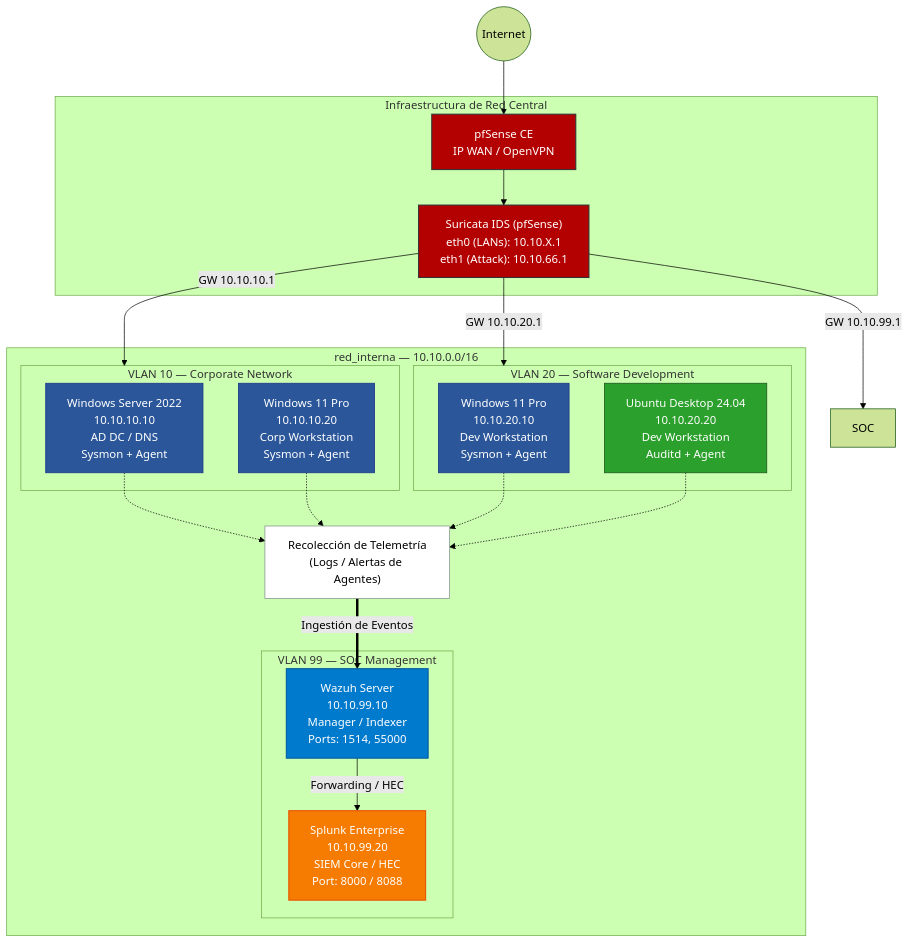
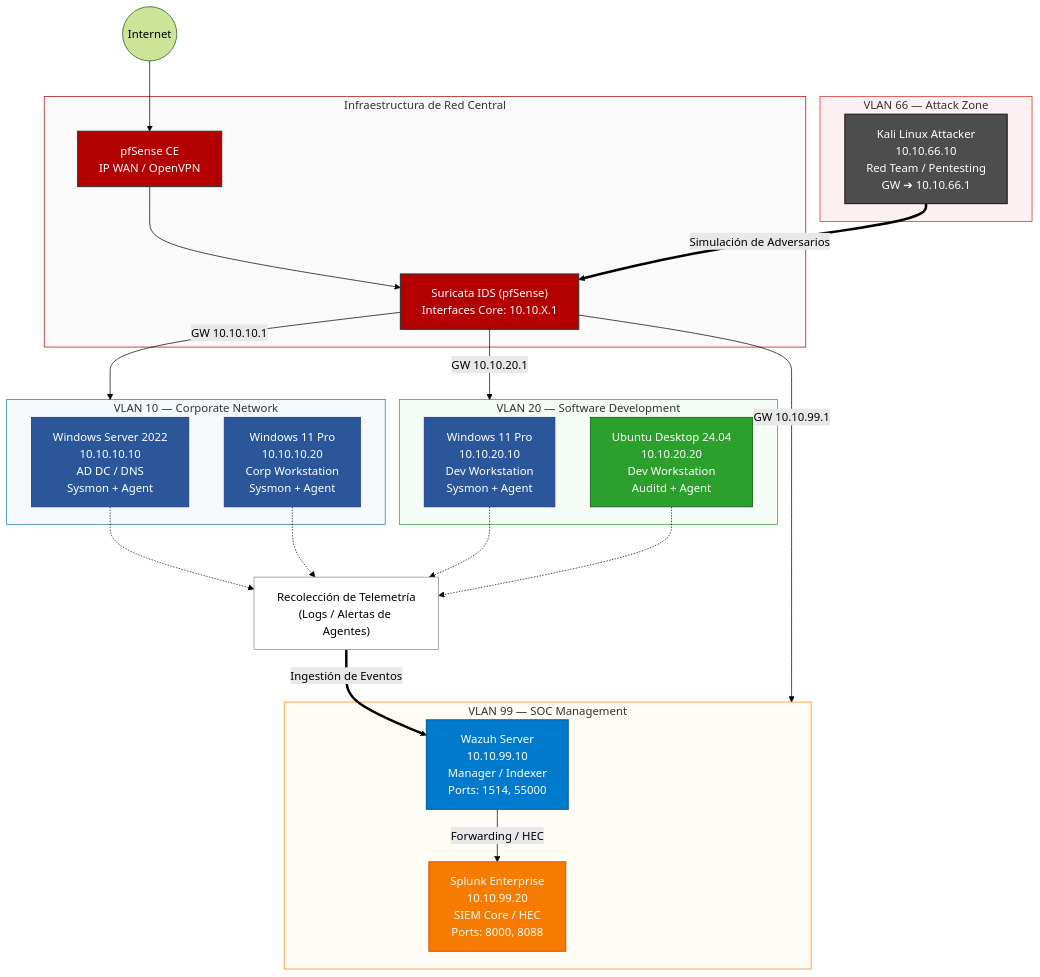
The diagram in README.md (DanielBandarica02/SOC-HomeLab), drawn with Mermaid (forest theme) before and after one commit.

````diff
--- a/README.md
+++ b/README.md
@@ -17,64 +17,78 @@
 ```mermaid
 graph TD
     %% ==========================================
-    %% CONFIGURACIÓN DE ESTILOS Y COLORES (Estilo TFG)
+    %% CONFIGURACIÓN DE ESTILOS Y COLORES (Estilo TFG Oficial)
     %% ==========================================
     classDef pfSense fill:#b30000,stroke:#333,stroke-width:1.5px,color:#fff;
     classDef wazuh fill:#007acc,stroke:#005a9e,stroke-width:1.5px,color:#fff;
     classDef splunk fill:#f57c00,stroke:#e65100,stroke-width:1.5px,color:#fff;
     classDef windows fill:#2b579a,stroke:#1e3a8a,stroke-width:1.2px,color:#fff;
     classDef linux fill:#2ca02c,stroke:#1b5e20,stroke-width:1.2px,color:#fff;
     classDef kali fill:#4d4d4d,stroke:#1a1a1a,stroke-width:1.5px,color:#fff;
     classDef logs fill:#ffffff,stroke:#7f8c8d,stroke-width:1px;
 
     %% ==========================================
-    %% BLOQUE SUPERIOR: CORE DE RED Y SEGURIDAD
+    %% BLOQUE PERIMETRAL / FIREWALL
     %% ==========================================
-    Internet((Internet)) --> WAN_pf
-
+    Internet((Internet)) --> pfSense
+    
     subgraph LAB_CORE [Infraestructura de Red Central]
-        WAN_pf[pfSense CE<br>IP WAN / OpenVPN]:::pfSense
-        Suricata["Suricata IDS (pfSense)<br>eth0 (LANs): 10.10.X.1<br>eth1 (Attack): 10.10.66.1"]:::pfSense
-        WAN_pf --> Suricata
+        pfSense[pfSense CE<br>IP WAN / OpenVPN]:::pfSense
+        Suricata["Suricata IDS (pfSense)<br>Interfaces Core: 10.10.X.1"]:::pfSense
+        pfSense --> Suricata
     end
 
     %% ==========================================
-    %% RED INTERNA (Equivalente a tfg_network)
+    %% SEGMENTOS DE RED INTERNA (Separados para evitar fallos de render)
     %% ==========================================
-    subgraph INT_NET [red_interna — 10.10.0.0/16]
-        
-        %% Componentes SOC (VLAN 99)
-        subgraph SOC_ZONE [VLAN 99 — SOC Management]
-            Wazuh["Wazuh Server<br>10.10.99.10<br>Manager / Indexer<br>Ports: 1514, 55000"]:::wazuh
-            Splunk["Splunk Enterprise<br>10.10.99.20<br>SIEM Core / HEC<br>Port: 8000 / 8088"]:::splunk
-            Wazuh -->|Forwarding / HEC| Splunk
-        end
-
-        %% Componentes Corporativos (VLAN 10)
-        subgraph CORP_ZONE [VLAN 10 — Corporate Network]
-            WinServer["Windows Server 2022<br>10.10.10.10<br>AD DC / DNS<br>Sysmon + Agent"]:::windows
-            Win11Corp["Windows 11 Pro<br>10.10.10.20<br>Corp Workstation<br>Sysmon + Agent"]:::windows
-        end
-
-        %% Componentes Desarrollo (VLAN 20)
-        subgraph DEV_ZONE [VLAN 20 — Software Development]
-            Win11Dev["Windows 11 Pro<br>10.10.20.10<br>Dev Workstation<br>Sysmon + Agent"]:::windows
-            UbuDesk["Ubuntu Desktop 24.04<br>10.10.20.20<br>Dev Workstation<br>Auditd + Agent"]:::linux
-        end
-
-        %% Concentrador de Logs centralizado
-        LogCollector["Recolección de Telemetría<br>(Logs / Alertas de Agentes)"]:::logs
+    
+    subgraph CORP_ZONE [VLAN 10 — Corporate Network]
+        WinServer["Windows Server 2022<br>10.10.10.10<br>AD DC / DNS<br>Sysmon + Agent"]:::windows
+        Win11Corp["Windows 11 Pro<br>10.10.10.20<br>Corp Workstation<br>Sysmon + Agent"]:::windows
     end
 
-    %% Conexiones de telemetría hacia el recolector lógico
+    subgraph DEV_ZONE [VLAN 20 — Software Development]
+        Win11Dev["Windows 11 Pro<br>10.10.20.10<br>Dev Workstation<br>Sysmon + Agent"]:::windows
+        UbuDesk["Ubuntu Desktop 24.04<br>10.10.20.20<br>Dev Workstation<br>Auditd + Agent"]:::linux
+    end
+
+    subgraph SOC_ZONE [VLAN 99 — SOC Management]
+        Wazuh["Wazuh Server<br>10.10.99.10<br>Manager / Indexer<br>Ports: 1514, 55000"]:::wazuh
+        Splunk["Splunk Enterprise<br>10.10.99.20<br>SIEM Core / HEC<br>Ports: 8000, 8088"]:::splunk
+        Wazuh -->|Forwarding / HEC| Splunk
+    end
+
+    %% ==========================================
+    %% SEGMENTO DE ATAQUE
+    %% ==========================================
+    subgraph ATK_NET [VLAN 66 — Attack Zone]
+        Kali["Kali Linux Attacker<br>10.10.66.10<br>Red Team / Pentesting<br>GW ➔ 10.10.66.1"]:::kali
+    end
+
+    %% ==========================================
+    %% CONCENTRADOR DE LOGS LÓGICO
+    %% ==========================================
+    LogCollector["Recolección de Telemetría<br>(Logs / Alertas de Agentes)"]:::logs
+
+    %% Enrutamiento y Flujos de Red desde el Core
+    Suricata -->|GW 10.10.10.1| CORP_ZONE
+    Suricata -->|GW 10.10.20.1| DEV_ZONE
+    Suricata -->|GW 10.10.99.1| SOC_ZONE
+
+    %% Flujo de Ataque
+    Kali ==>|Simulación de Adversarios| Suricata
+    
+    %% Flujos de Telemetría
     WinServer -.-> LogCollector
     Win11Corp -.-> LogCollector
     Win11Dev -.-> LogCollector
     UbuDesk -.-> LogCollector
     LogCollector ==>|Ingestión de Eventos| Wazuh
 
-    %% Enrutamiento Interno pfSense hacia las VLANs
-    Suricata -->|GW 10.10.10.1| CORP_ZONE
-    Suricata -->|GW 10.10.20.1| DEV_ZONE
-    Suricata -->|GW 10.10.99.1| SOC
+    %% Aplicar estilos limpios a las cajas contenedoras
+    style CORP_ZONE fill:#f5f9fc,stroke:#1f77b4,stroke-width:1px;
+    style DEV_ZONE fill:#f5fcf5,stroke:#2ca02c,stroke-width:1px;
+    style SOC_ZONE fill:#fffbf5,stroke:#ff7f0e,stroke-width:1px;
+    style ATK_NET fill:#fdf0f0,stroke:#d62728,stroke-width:1px;
+    style LAB_CORE fill:#fafafa,stroke:#b30000,stroke-width:1px;
 ```
````
